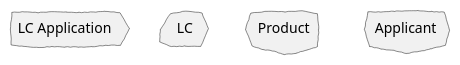
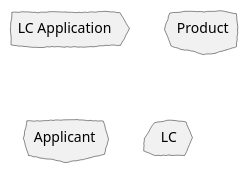
Before and after one commit to PacktPublishing/Domain-Driven-Design-with-Java-A-Practitioner-s-Guide: the second of 4 diagrams in book/src/docs/asciidoc/05-implementing-domain-logic.adoc, drawn with PlantUML. The commit also changed other lines of this file and 1 other file, not shown here.

```diff
--- a/book/src/docs/asciidoc/05-implementing-domain-logic.adoc
+++ b/book/src/docs/asciidoc/05-implementing-domain-logic.adoc
@@ -133,14 +132,11 @@
 [plantuml,potential-aggregates]
 ....
 @startuml
-skinparam monochrome true
 skinparam handwritten true
 skinparam CloudFontName "Gloria Hallelujah"
-cloud "LC Application" {
-}
+cloud "LC Application"
 cloud Product
 cloud Applicant
-cloud LC {
-}
+cloud LC
 @enduml
 ....
```
